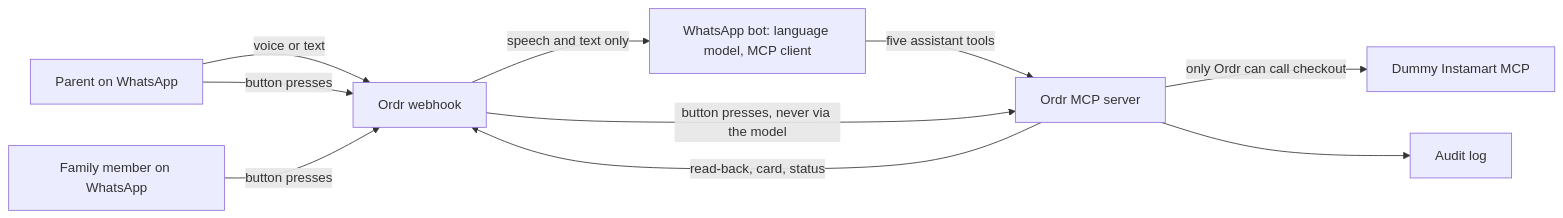
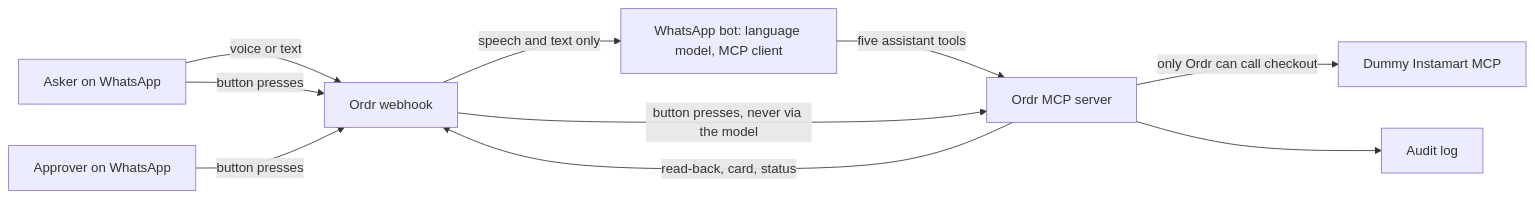
Before and after one commit to Sky00raider/Ordr: the diagram in README.md, drawn with Mermaid. The commit also changed other lines of this file and 4 other files, not shown here.

````diff
--- a/README.md
+++ b/README.md
@@ -38,12 +46,12 @@
 ```mermaid
 flowchart LR
-    P["Parent on WhatsApp"] -->|"voice or text"| W["Ordr webhook"]
+    P["Asker on WhatsApp"] -->|"voice or text"| W["Ordr webhook"]
     P -->|"button presses"| W
-    K["Family member on WhatsApp"] -->|"button presses"| W
+    K["Approver on WhatsApp"] -->|"button presses"| W
     W -->|"speech and text only"| B["WhatsApp bot: language model, MCP client"]
     B -->|"five assistant tools"| G["Ordr MCP server"]
     W -->|"button presses, never via the model"| G
     G -->|"read-back, card, status"| W
     G -->|"only Ordr can call checkout"| S["Dummy Instamart MCP"]
     G --> L["Audit log"]
 ```
````
